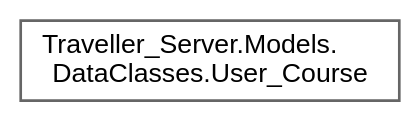
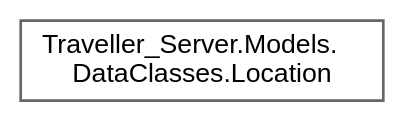
Before and after one commit to VenelinArgirov/manual-tecnico.github.io: the diagram in Servidor/inherit_graph_55.dot, drawn with Graphviz. The commit also changed 1719 other files, not shown here.

```diff
--- a/Servidor/inherit_graph_55.dot
+++ b/Servidor/inherit_graph_55.dot
@@ -1,9 +1,9 @@
 digraph "Graphical Class Hierarchy"
 {
  // LATEX_PDF_SIZE
   bgcolor="transparent";
   edge [fontname=Helvetica,fontsize=10,labelfontname=Helvetica,labelfontsize=10];
   node [fontname=Helvetica,fontsize=10,shape=box,height=0.2,width=0.4];
   rankdir="LR";
-  Node0 [label="Traveller_Server.Models.\lDataClasses.User_Course",height=0.2,width=0.4,color="grey40", fillcolor="white", style="filled",URL="$class_traveller___server_1_1_models_1_1_data_classes_1_1_user___course.html",tooltip="Alert data class. Represents a many-to-many relationship between the User and Course classes."];
+  Node0 [label="Traveller_Server.Models.\lDataClasses.Location",height=0.2,width=0.4,color="grey40", fillcolor="white", style="filled",URL="$class_traveller___server_1_1_models_1_1_data_classes_1_1_location.html",tooltip="Data class that represents a location in the map with latitude and longitude coordinates."];
 }
```
